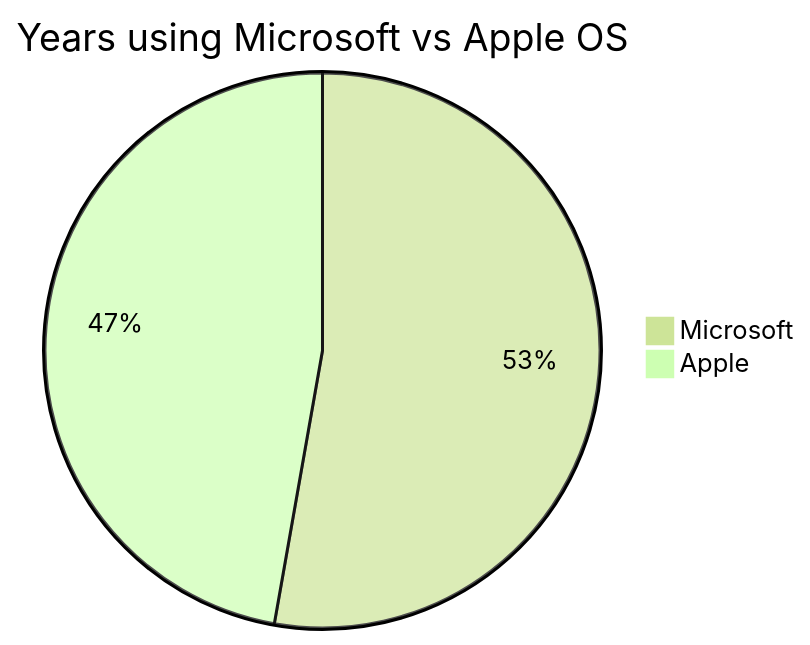
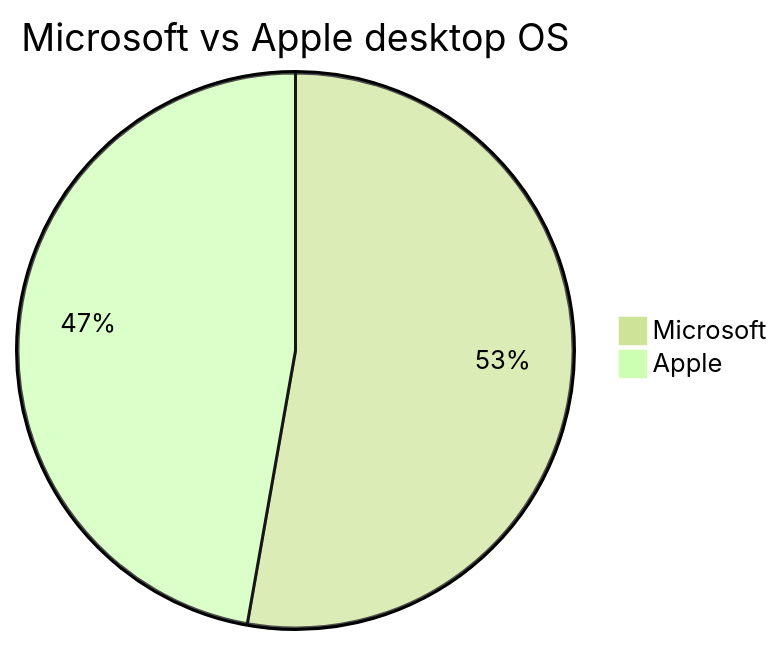
One commit to rudzainy/rudzainy.github.io changed the diagram in _posts/2024-06-16-an-answer-to-the-question-of-windows-vs-macos.md. Above: the diagram before and after it, drawn with Mermaid (forest theme). The commit also changed other lines of this file, not shown here.

````diff
--- a/_posts/2024-06-16-an-answer-to-the-question-of-windows-vs-macos.md
+++ b/_posts/2024-06-16-an-answer-to-the-question-of-windows-vs-macos.md
@@ -45,6 +45,6 @@
 ```mermaid
   pie 
-    title Years using Microsoft vs Apple OS
+    title Microsoft vs Apple desktop OS
     "Microsoft" : 190
     "Apple" : 170
 ```
````
